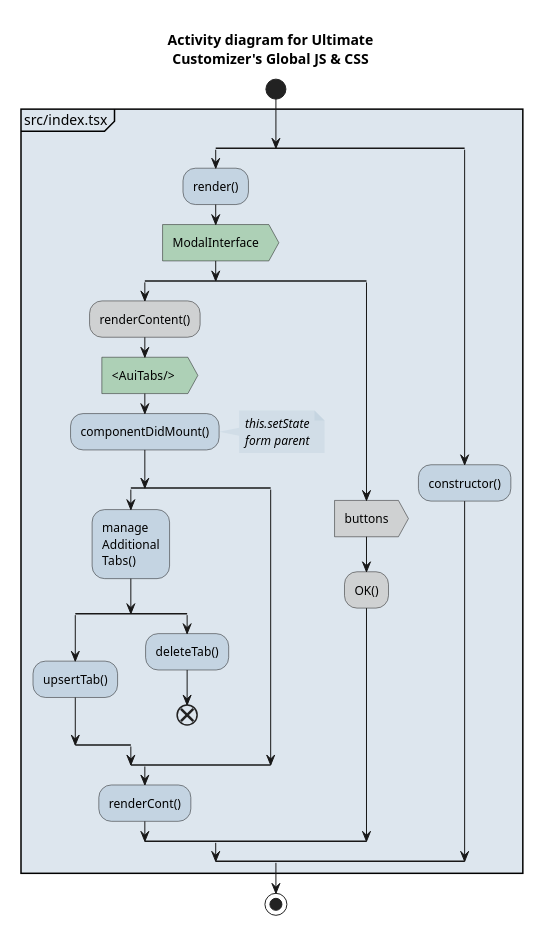
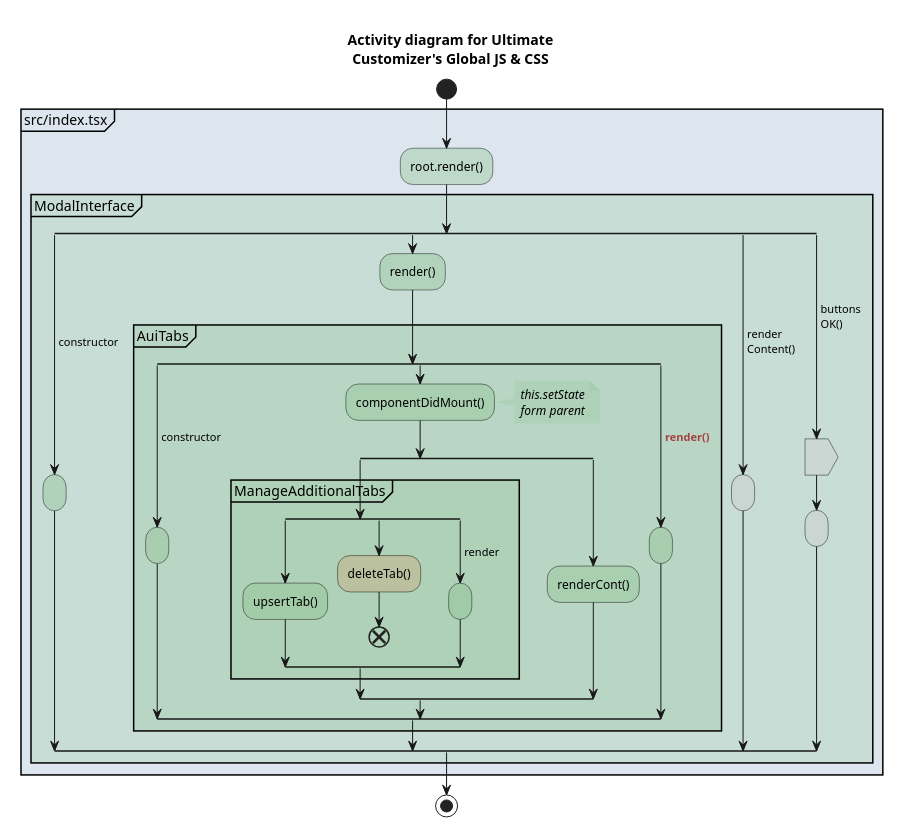
One commit to jgonzal1/codecademy_react_course changed the diagram in docs/architecture-src-index.puml. Above: the diagram before and after it, drawn with PlantUML. The commit also changed 1 other file, not shown here.

```diff
--- a/docs/architecture-src-index.puml
+++ b/docs/architecture-src-index.puml
@@ -1,61 +1,77 @@
 @startuml architecture-src-index
-skinparam BackgroundColor #FFFFFF33
+skinparam BackgroundColor #FFFFFF66
 skinparam activity {
-  BackgroundColor #81A2BE44
+  BackgroundColor       #8EC29166
+  BackgroundColor<<b>>  #81A2BE44
+  BackgroundColor<<gr>> #CCCCCC66
   BackgroundColor<<h>>  #00000000
-  BackgroundColor<<gr>> #CCCCCCCC
   BackgroundColor<<r>>  #DE935F44
-  BackgroundColor<<g>>  #8EC29199
   BorderColor<<h>> #00000000
   'Styling for Conditionals:
   DiamondBackgroundColor #81A2BE44
 }
 skinparam note {
-  BackgroundColor #81A2BE22
+  BackgroundColor #8EC29144
   BorderThickness 0
   FontSize 12
   FontStyle italic
 }
 skinparam partition {
-  BackgroundColor #81A2BE44
+  BackgroundColor      #81A2BE44
+  BackgroundColor<<g>> #8EC29144
   BackgroundColor<<r>> #DE935F44
 }
 
 title Activity diagram for Ultimate\n\
 Customizer's Global JS & CSS
 start
 partition "src/index.tsx" {
+  :root.render();
+  partition ModalInterface <<g>> {
   split
+    ->constructor;
+    :;
+  split again
     :render();
-    <<g>>:ModalInterface>
-    split
-      <<gr>>:renderContent();
-      <<g>>:<AuiTabs/> >
-      :componentDidMount();
-      note right
-        this.setState
-        form parent
-      end note
+    partition AuiTabs <<g>> {
       split
-        :manage
-        Additional
-        Tabs();
+        ->constructor;
+        :;
+      split again
+        :componentDidMount();
+        note right
+          this.setState
+          form parent
+        end note
         split
-          :upsertTab();
+          partition ManageAdditionalTabs <<g>> {
+            split
+              :upsertTab();
+            split again
+              <<r>>:deleteTab();
+              end
+            split again
+              ->render;
+              :;
+            end split
+          }
         split again
-          :deleteTab();
-          end
+          :renderCont();
         end split
       split again
+        -><b><color:#A54242>render();
+        :;
       end split
-      :renderCont();
-    split again
-      <<gr>>:buttons>
-      <<gr>>:OK();
-    end split
+    }
   split again
-    :constructor();
+  ->render\nContent();
+    <<gr>>:;
+  split again
+    ->buttons\nOK()\n;
+    <<gr>>:>
+    <<gr>>:;
   end split
+  }
 }
 stop
 @enduml
```
